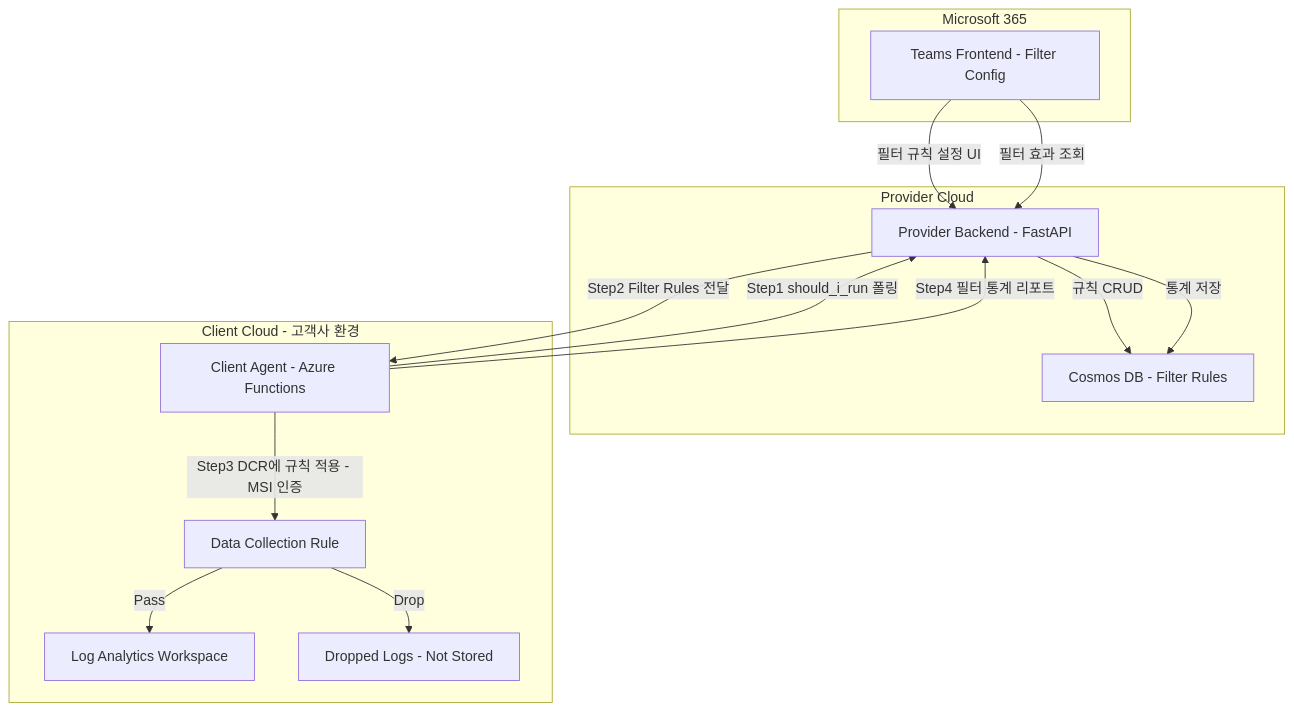
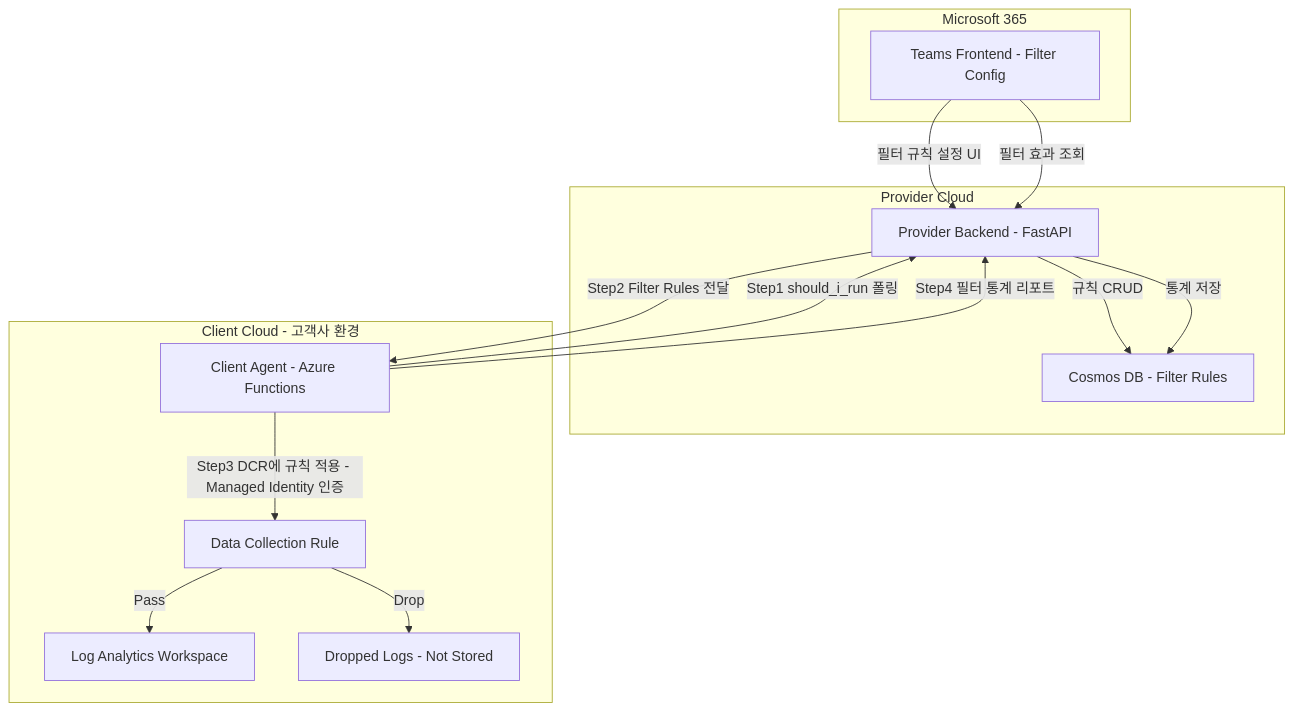
Diagram 16 of 30 in azure/projects/log-doctor-plan.md (chjcmy/study), drawn with Mermaid before and after one commit. The commit also changed other lines of this file and 2 other files, not shown here.

````diff
--- a/azure/projects/log-doctor-plan.md
+++ b/azure/projects/log-doctor-plan.md
@@ -681,30 +681,30 @@
 ```mermaid
 graph TB
     subgraph Microsoft 365
         Teams["Teams Frontend - Filter Config"]
     end
 
     subgraph Provider Cloud
         PB["Provider Backend - FastAPI"]
         CosmosDB["Cosmos DB - Filter Rules"]
     end
 
     subgraph Client Cloud - 고객사 환경
         Agent["Client Agent - Azure Functions"]
         DCR["Data Collection Rule"]
         LAW["Log Analytics Workspace"]
         Trash["Dropped Logs - Not Stored"]
     end
 
     Teams -->|필터 규칙 설정 UI| PB
     PB -->|규칙 CRUD| CosmosDB
 
     Agent -->|Step1 should_i_run 폴링| PB
     PB -->|Step2 Filter Rules 전달| Agent
-    Agent -->|Step3 DCR에 규칙 적용 - MSI 인증| DCR
+    Agent -->|Step3 DCR에 규칙 적용 - Managed Identity 인증| DCR
     DCR -->|Pass| LAW
     DCR -->|Drop| Trash
     Agent -->|Step4 필터 통계 리포트| PB
     PB -->|통계 저장| CosmosDB
     Teams -->|필터 효과 조회| PB
 ```
````
